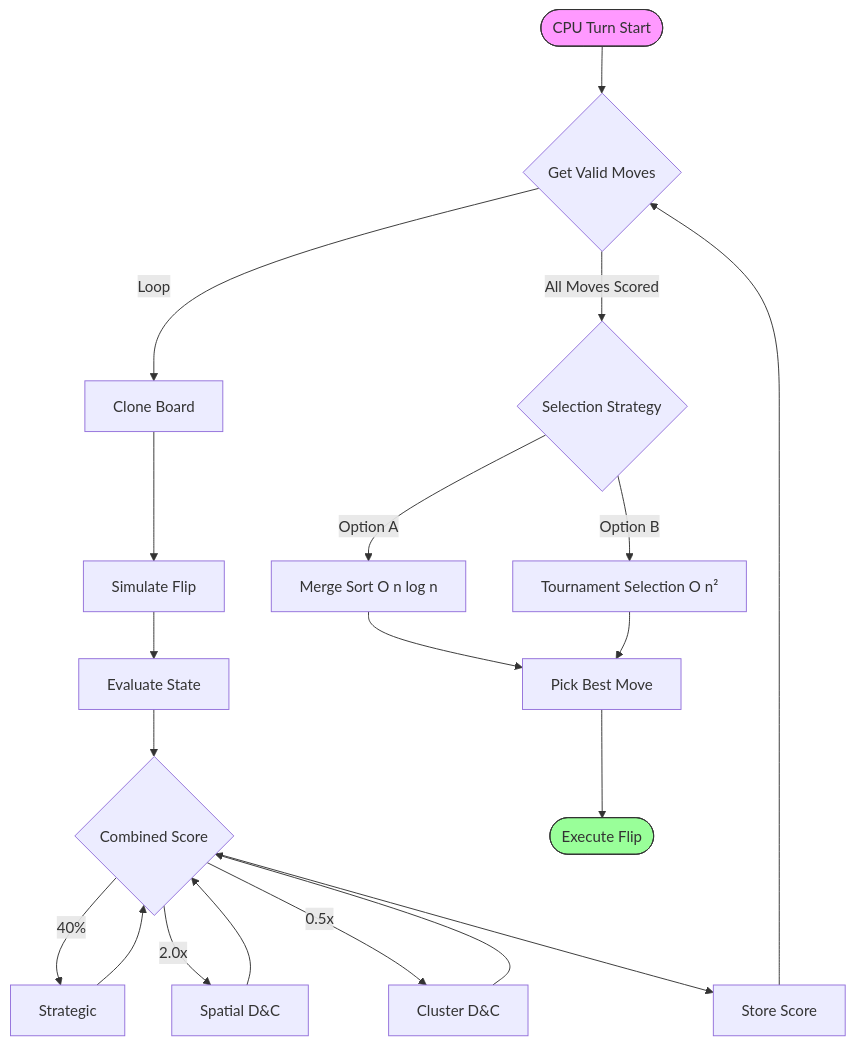
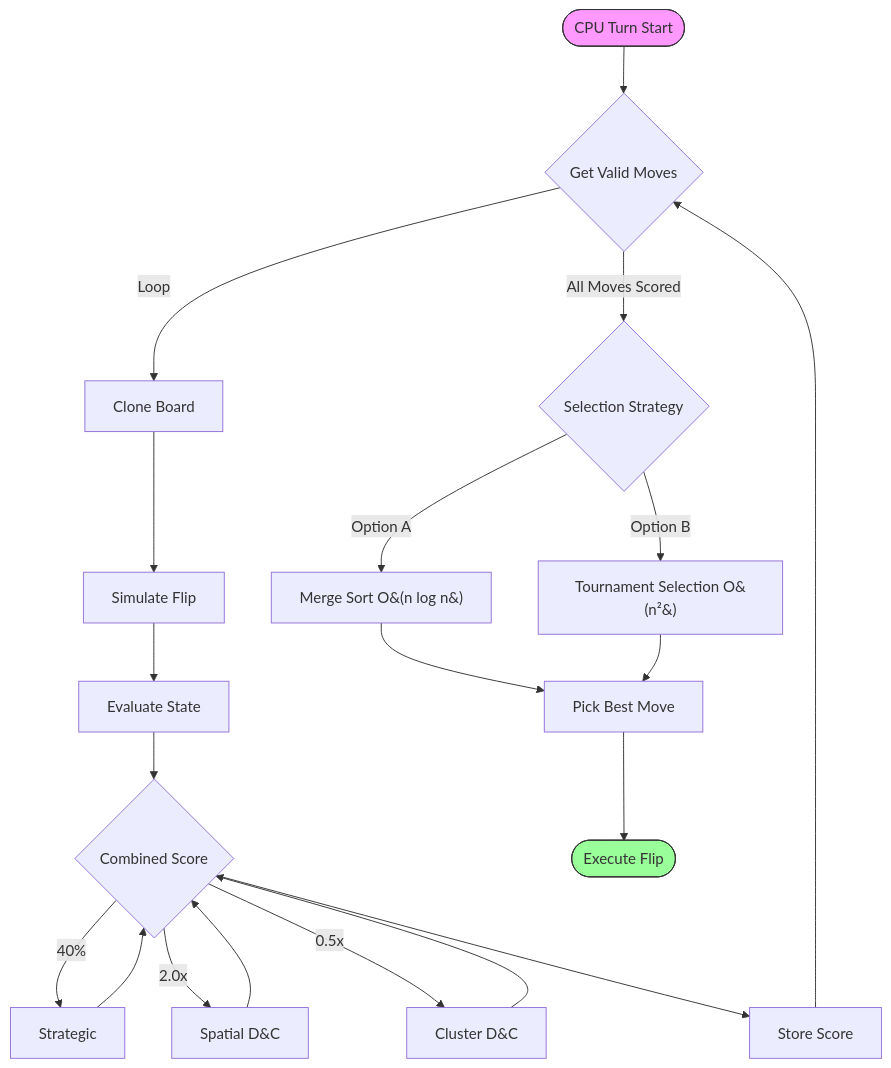
Before and after one commit to Ganesh2006646/FLIP: the second of 3 diagrams in game_analysis.md, drawn with Mermaid.

Commit message:
Address code review: fix Big-O notation in mermaid diagram

````diff
--- a/game_analysis.md
+++ b/game_analysis.md
@@ -185,22 +185,22 @@
 ```mermaid
 graph TD
     A([CPU Turn Start]) --> B{Get Valid Moves}
     B -->|Loop| C[Clone Board]
     C --> D[Simulate Flip]
     D --> E[Evaluate State]
     E --> F{Combined Score}
     F -- 40% --> G[Strategic]
     F -- 2.0x --> H[Spatial D&C]
     F -- 0.5x --> I[Cluster D&C]
     H & I & G --> F
     F --> J[Store Score]
     J --> B
     B -->|All Moves Scored| K{Selection Strategy}
-    K -->|Option A| L[Merge Sort O n log n]
-    K -->|Option B| M[Tournament Selection O n²]
+    K -->|Option A| L[Merge Sort O&#40;n log n&#41;]
+    K -->|Option B| M[Tournament Selection O&#40;n²&#41;]
     L --> N[Pick Best Move]
     M --> N
     N --> O([Execute Flip])
     style A fill:#f9f,stroke:#333
     style O fill:#9f9,stroke:#333
 ```
````
